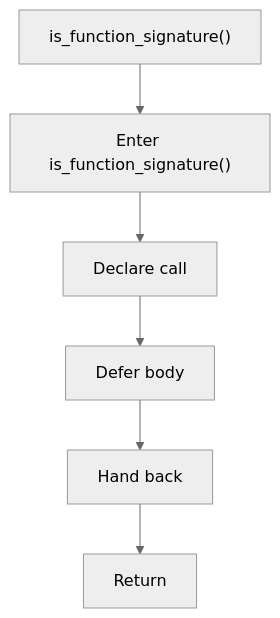
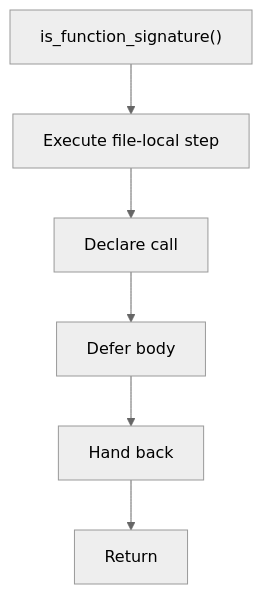
Before and after one commit to JohnAndrewBalbarosa/NeoTerritory: the diagram in docs/Codebase/Microservice/Modules/Header/SyntacticBrokenAST/Trees/Actual/Internal/Flow/functions/is_function_signature.hpp.md, drawn with Mermaid (neutral theme). The commit also changed other lines of this file and 915 other files, not shown here.

````diff
--- a/docs/Codebase/Microservice/Modules/Header/SyntacticBrokenAST/Trees/Actual/Internal/Flow/functions/is_function_signature.hpp.md
+++ b/docs/Codebase/Microservice/Modules/Header/SyntacticBrokenAST/Trees/Actual/Internal/Flow/functions/is_function_signature.hpp.md
@@ -16,14 +16,14 @@
 ```mermaid
 flowchart TD
     Start["is_function_signature()"]
-    N0["Enter is_function_signature()"]
+    N0["Execute file-local step"]
     N1["Declare call"]
     N2["Defer body"]
     N3["Hand back"]
     End["Return"]
     Start --> N0
     N0 --> N1
     N1 --> N2
     N2 --> N3
     N3 --> End
 ```
````
